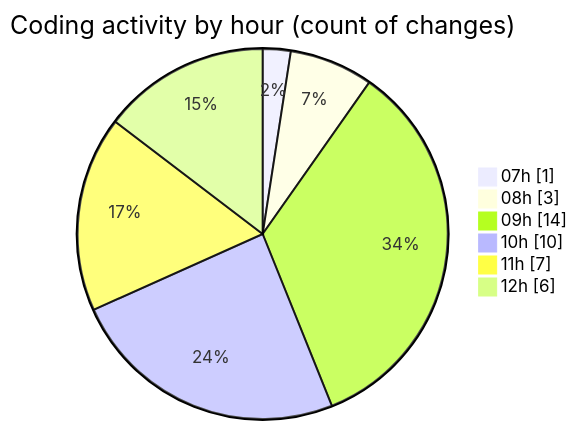
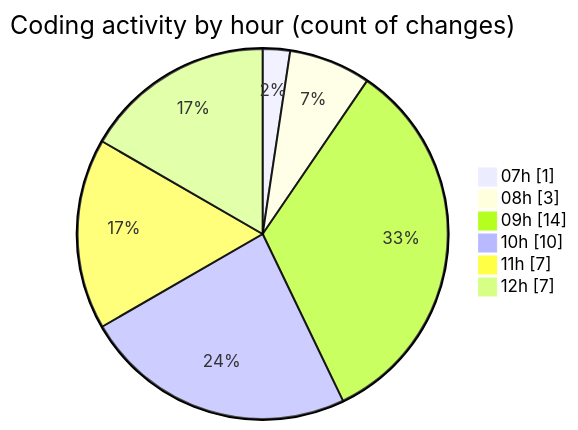
The second of 2 diagrams in 2026-02-02/singularitybrainai/README.md (tmsrecording-cyber/code-tracking), drawn with Mermaid before and after one commit. The commit also changed other lines of this file and 1 other file, not shown here.

````diff
--- a/2026-02-02/singularitybrainai/README.md
+++ b/2026-02-02/singularitybrainai/README.md
@@ -40,10 +40,10 @@
 ```mermaid
 pie showData
 title Coding activity by hour (count of changes)
 "07h" : 1
 "08h" : 3
 "09h" : 14
 "10h" : 10
 "11h" : 7
-"12h" : 6
+"12h" : 7
 ```
````
